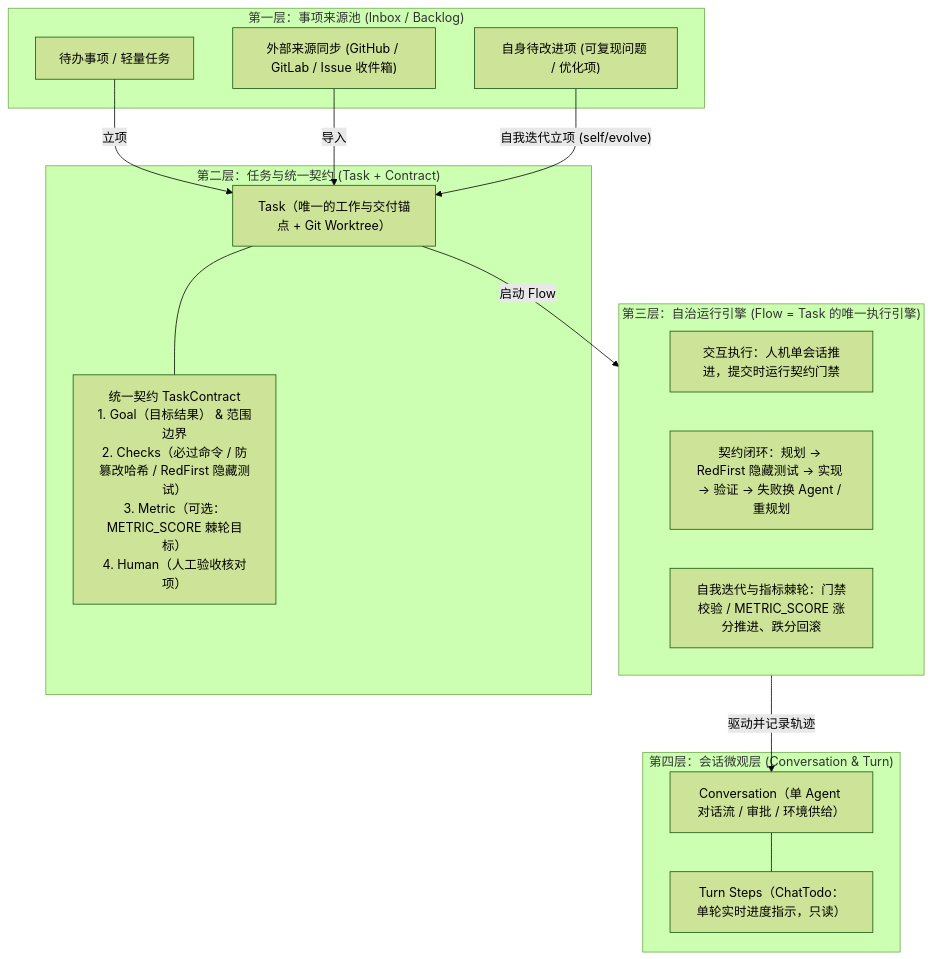
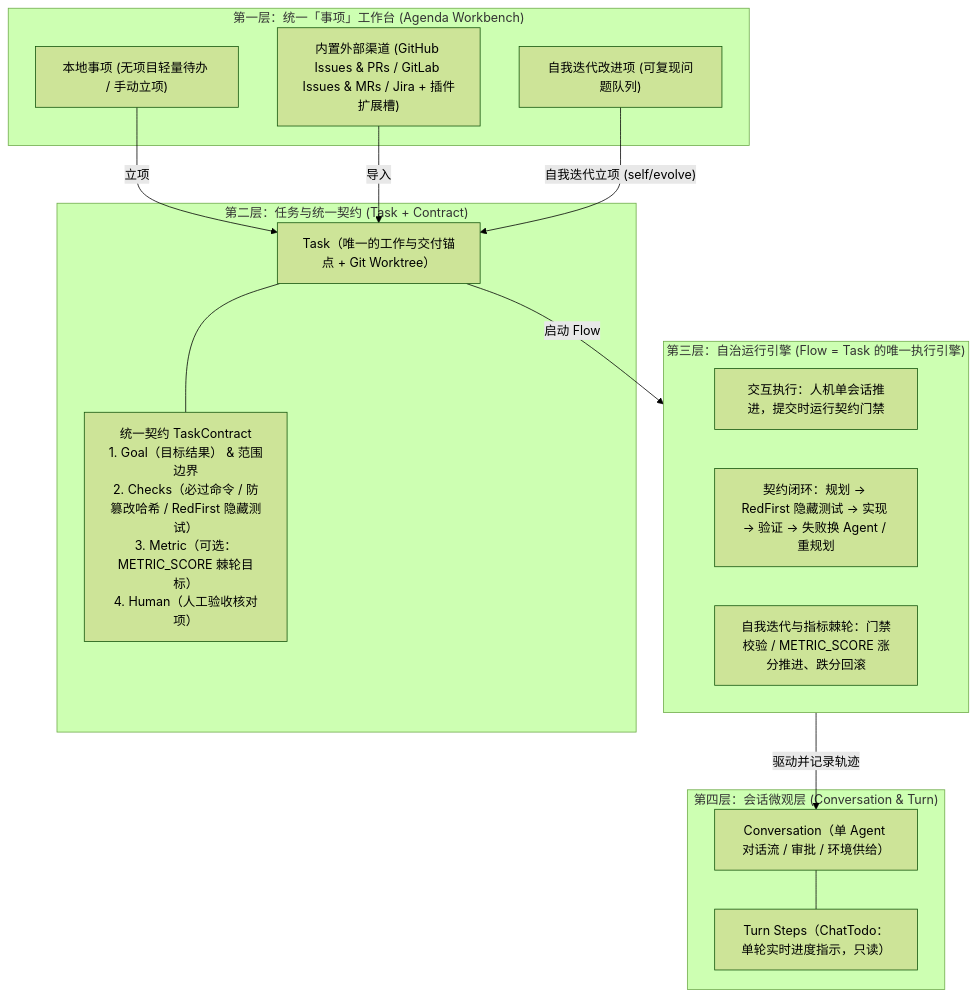
Before and after one commit to dengjzy/Conclave: the diagram in docs/CONCLAVE-FRAMEWORK-REDESIGN.md, drawn with Mermaid (forest theme). The commit also changed other lines of this file and 21 other files, not shown here.

First line of the commit message:
feat: unify agenda workbench with built-in github, gitlab, and jira sources

````diff
--- a/docs/CONCLAVE-FRAMEWORK-REDESIGN.md
+++ b/docs/CONCLAVE-FRAMEWORK-REDESIGN.md
@@ -39,32 +39,32 @@
 ```mermaid
 flowchart TD
-    subgraph L1["第一层：事项来源池 (Inbox / Backlog)"]
-        S1["待办事项 / 轻量任务"]
-        S2["外部来源同步 (GitHub / GitLab / Issue 收件箱)"]
-        S3["自身待改进项 (可复现问题 / 优化项)"]
+    subgraph L1["第一层：统一「事项」工作台 (Agenda Workbench)"]
+        S1["本地事项 (无项目轻量待办 / 手动立项)"]
+        S2["内置外部渠道 (GitHub Issues & PRs / GitLab Issues & MRs / Jira + 插件扩展槽)"]
+        S3["自我迭代改进项 (可复现问题队列)"]
     end
 
     subgraph L2["第二层：任务与统一契约 (Task + Contract)"]
         T["Task（唯一的工作与交付锚点 + Git Worktree）"]
         C["统一契约 TaskContract<br/>1. Goal（目标结果） & 范围边界<br/>2. Checks（必过命令 / 防篡改哈希 / RedFirst 隐藏测试）<br/>3. Metric（可选：METRIC_SCORE 棘轮目标）<br/>4. Human（人工验收核对项）"]
         T --- C
     end
 
     subgraph L3["第三层：自治运行引擎 (Flow = Task 的唯一执行引擎)"]
         R1["交互执行：人机单会话推进，提交时运行契约门禁"]
         R2["契约闭环：规划 → RedFirst 隐藏测试 → 实现 → 验证 → 失败换 Agent / 重规划"]
         R3["自我迭代与指标棘轮：门禁校验 / METRIC_SCORE 涨分推进、跌分回滚"]
     end
 
     subgraph L4["第四层：会话微观层 (Conversation & Turn)"]
         V1["Conversation（单 Agent 对话流 / 审批 / 环境供给）"]
         V2["Turn Steps（ChatTodo：单轮实时进度指示，只读）"]
     end
 
     S1 -->|"立项"| T
     S2 -->|"导入"| T
     S3 -->|"自我迭代立项 (self/evolve)"| T
     T -->|"启动 Flow"| L3
     L3 -->|"驱动并记录轨迹"| V1
     V1 --- V2
 ```
````
